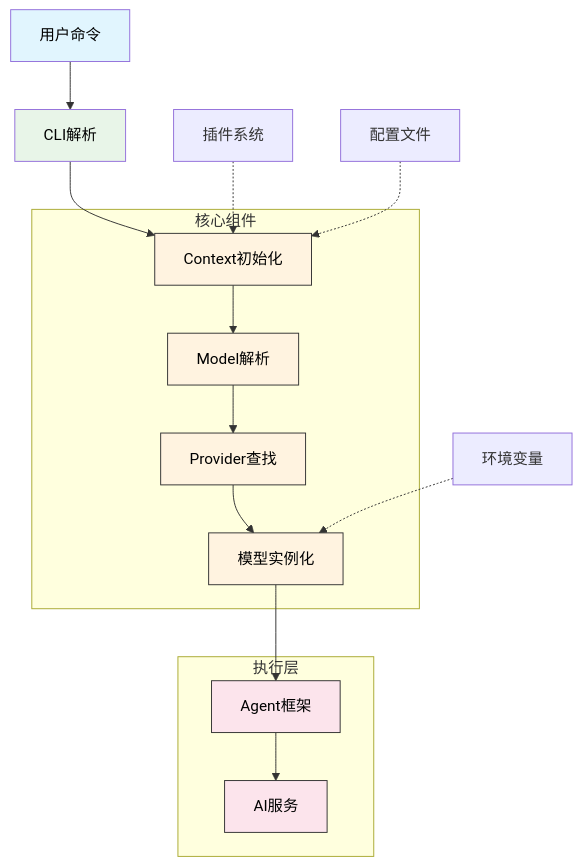
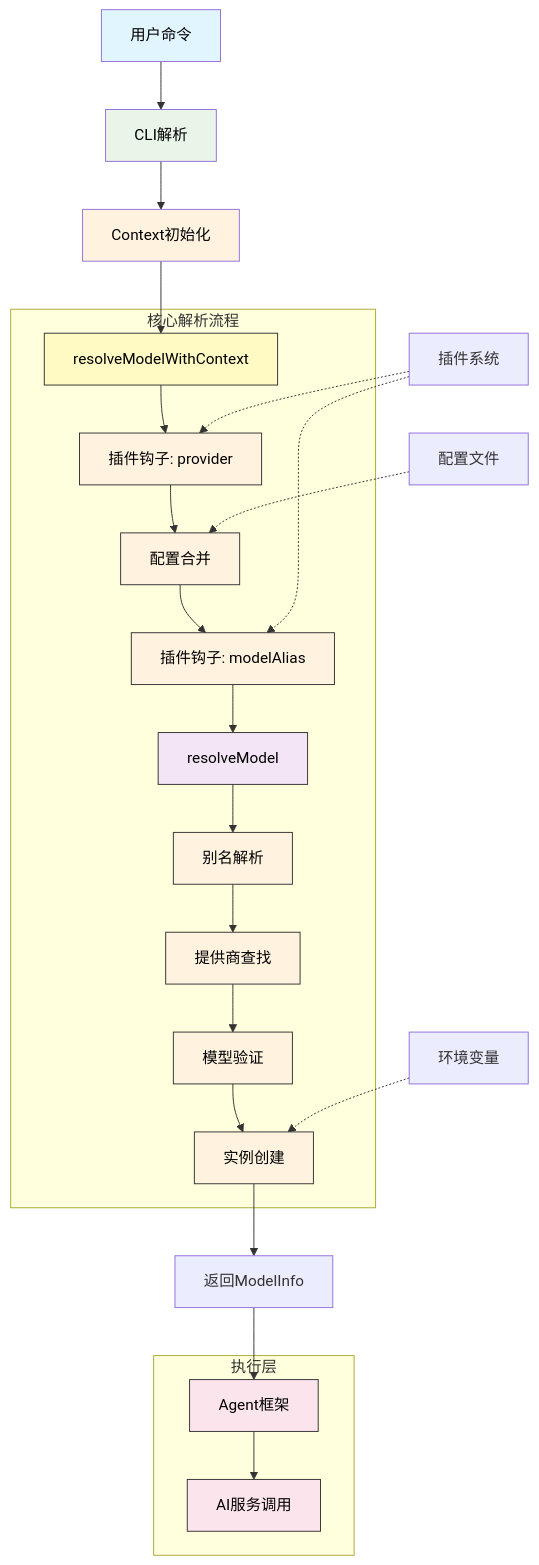
Before and after one commit to cloudyan/neovate-code: the first of 2 diagrams in docs/model-provider-architecture.md, drawn with Mermaid. The commit also changed other lines of this file and 3 other files, not shown here.

Commit message:
docs: add architecture documentation with core modules and data flow diagrams

````diff
--- a/docs/model-provider-architecture.md
+++ b/docs/model-provider-architecture.md
@@ -14,40 +16,52 @@
 ```mermaid
 graph TD
     A[用户命令] --> B[CLI解析]
     B --> C[Context初始化]
-    C --> D[Model解析]
-    D --> E[Provider查找]
-    E --> F[模型实例化]
+    C --> D[resolveModelWithContext]
+    D --> D1[插件钩子: provider]
+    D1 --> D2[配置合并]
+    D2 --> D3[插件钩子: modelAlias]
+    D3 --> E[resolveModel]
+    E --> E1[别名解析]
+    E1 --> E2[提供商查找]
+    E2 --> E3[模型验证]
+    E3 --> E4[实例创建]
+    E4 --> F[返回ModelInfo]
     F --> G[Agent框架]
-    G --> H[AI服务]
+    G --> H[AI服务调用]
 
-    subgraph 核心组件
-        C
+    subgraph 核心解析流程
         D
+        D1
+        D2
+        D3
         E
-        F
+        E1
+        E2
+        E3
+        E4
     end
 
     subgraph 执行层
         G
         H
     end
 
-    I[插件系统] -.-> C
-    J[配置文件] -.-> C
-    K[环境变量] -.-> F
+    I[插件系统] -.-> D1
+    I -.-> D3
+    J[配置文件] -.-> D2
+    K[环境变量] -.-> E4
 
     style A fill:#e1f5fe,color:#000
     style B fill:#e8f5e8,color:#000
     style C fill:#fff3e0,color:#000
-    style D fill:#fff3e0,color:#000
-    style E fill:#fff3e0,color:#000
-    style F fill:#fff3e0,color:#000
+    style D fill:#fff9c4,color:#000
+    style E fill:#f3e5f5,color:#000
     style G fill:#fce4ec,color:#000
     style H fill:#fce4ec,color:#000
 
-    classDef core fill:#fff3e0,stroke:#333;
-    classDef execution fill:#fce4ec,stroke:#333;
-    class C,D,E,F core
+    classDef core fill:#fff3e0,stroke:#333,color:#000;
+    classDef execution fill:#fce4ec,stroke:#333,color:#000;
+    class D,D1,D2,D3,E,E1,E2,E3,E4 core
     class G,H execution
 ```
````
